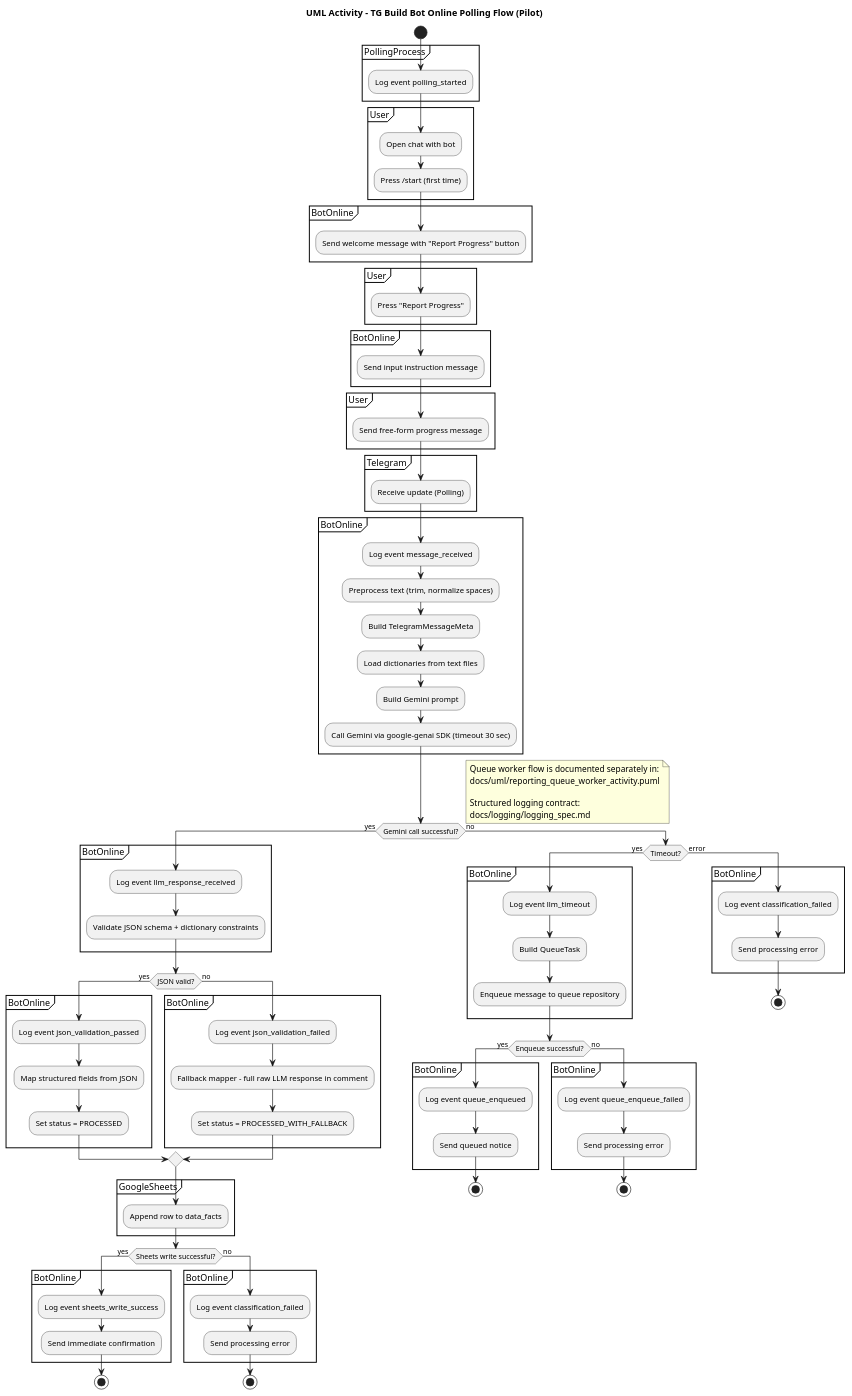
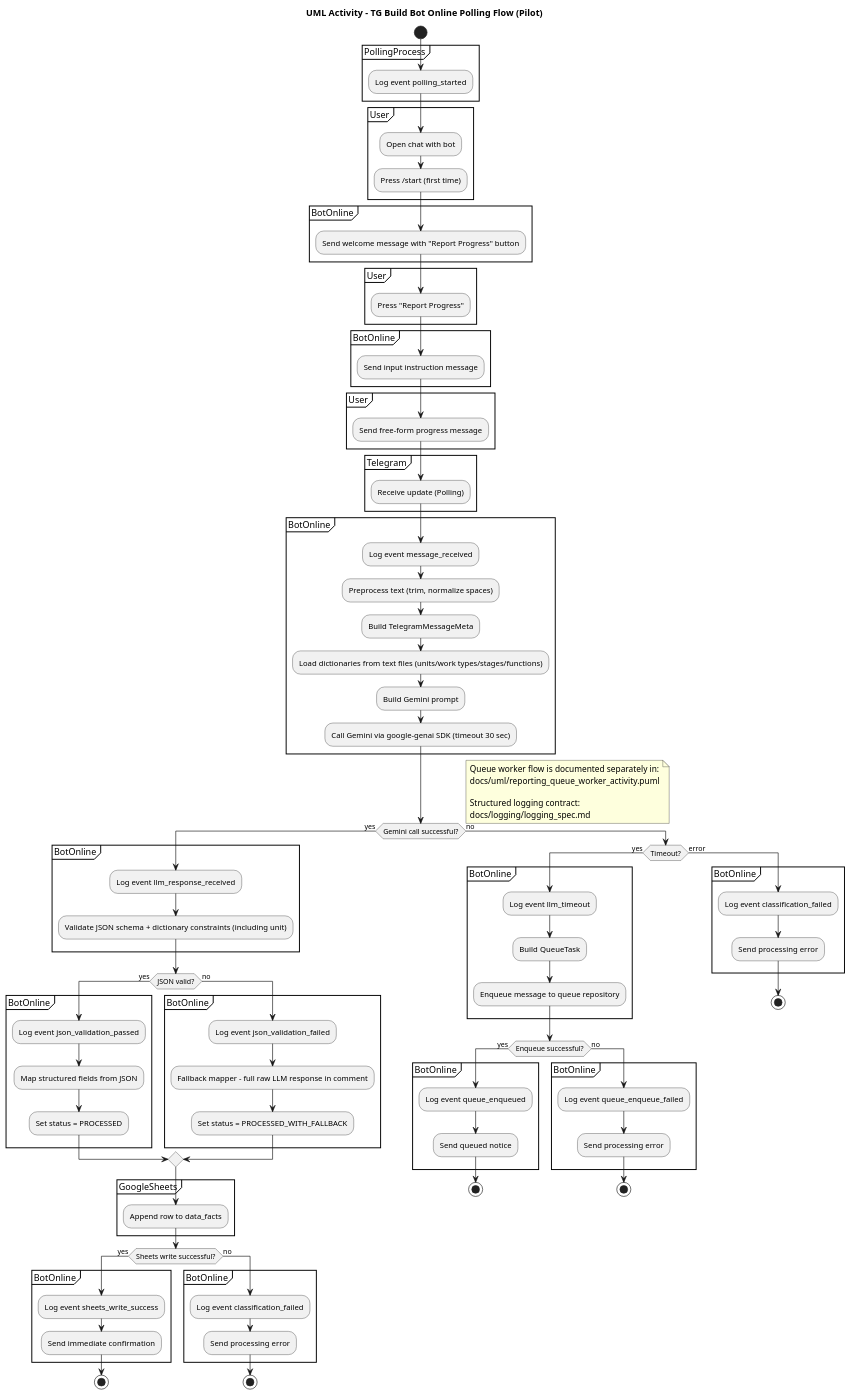
The diagram in docs/uml/reporting_activity.puml (kolobook146/Civil-Engineer-Classifier-Bot), drawn with PlantUML before and after one commit. The commit also changed 23 other files, not shown here.

```diff
--- a/docs/uml/reporting_activity.puml
+++ b/docs/uml/reporting_activity.puml
@@ -1,120 +1,120 @@
 @startuml
 title UML Activity - TG Build Bot Online Polling Flow (Pilot)
 
 start
 
 partition PollingProcess {
   :Log event polling_started;
 }
 
 partition User {
   :Open chat with bot;
   :Press /start (first time);
 }
 
 partition BotOnline {
   :Send welcome message with "Report Progress" button;
 }
 
 partition User {
   :Press "Report Progress";
 }
 
 partition BotOnline {
   :Send input instruction message;
 }
 
 partition User {
   :Send free-form progress message;
 }
 
 partition Telegram {
   :Receive update (Polling);
 }
 
 partition BotOnline {
   :Log event message_received;
   :Preprocess text (trim, normalize spaces);
   :Build TelegramMessageMeta;
-  :Load dictionaries from text files;
+  :Load dictionaries from text files (units/work types/stages/functions);
   :Build Gemini prompt;
   :Call Gemini via google-genai SDK (timeout 30 sec);
 }
 
 if (Gemini call successful?) then (yes)
   partition BotOnline {
     :Log event llm_response_received;
-    :Validate JSON schema + dictionary constraints;
+    :Validate JSON schema + dictionary constraints (including unit);
   }
 
   if (JSON valid?) then (yes)
     partition BotOnline {
       :Log event json_validation_passed;
       :Map structured fields from JSON;
       :Set status = PROCESSED;
     }
   else (no)
     partition BotOnline {
       :Log event json_validation_failed;
       :Fallback mapper - full raw LLM response in comment;
       :Set status = PROCESSED_WITH_FALLBACK;
     }
   endif
 
   partition GoogleSheets {
     :Append row to data_facts;
   }
 
   if (Sheets write successful?) then (yes)
     partition BotOnline {
       :Log event sheets_write_success;
       :Send immediate confirmation;
     }
     stop
   else (no)
     partition BotOnline {
       :Log event classification_failed;
       :Send processing error;
     }
     stop
   endif
 
 else (no)
   if (Timeout?) then (yes)
     partition BotOnline {
       :Log event llm_timeout;
       :Build QueueTask;
       :Enqueue message to queue repository;
     }
 
     if (Enqueue successful?) then (yes)
       partition BotOnline {
         :Log event queue_enqueued;
         :Send queued notice;
       }
       stop
     else (no)
       partition BotOnline {
         :Log event queue_enqueue_failed;
         :Send processing error;
       }
       stop
     endif
   else (error)
     partition BotOnline {
       :Log event classification_failed;
       :Send processing error;
     }
     stop
   endif
 endif
 
 note right
   Queue worker flow is documented separately in:
   docs/uml/reporting_queue_worker_activity.puml
 
   Structured logging contract:
   docs/logging/logging_spec.md
 end note
 
 @enduml
```
